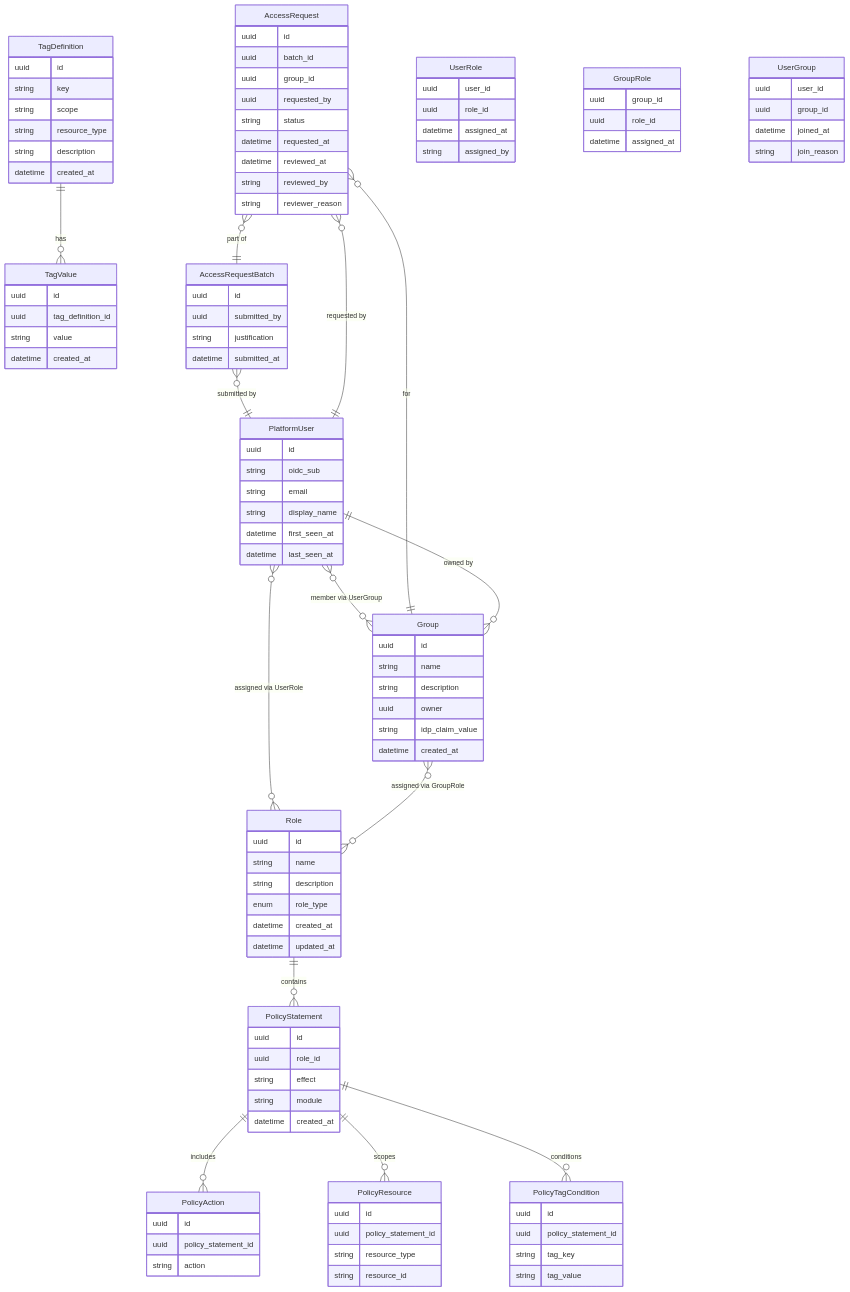
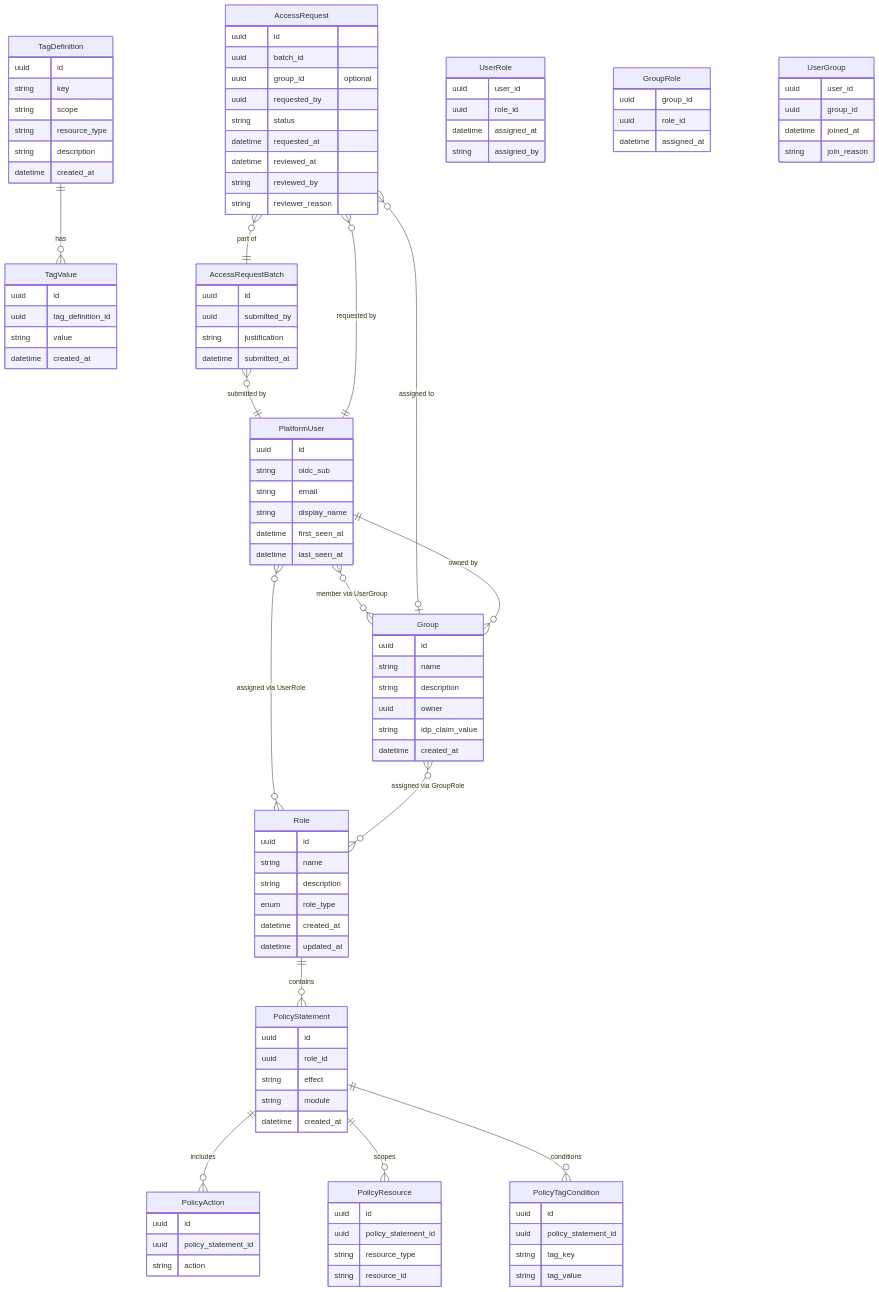
One commit to hurungang/parthenon changed the second of 2 diagrams in docs/master/data-model/modules/identity/entities.md. Above: the diagram before and after it, drawn with Mermaid. The commit also changed other lines of this file and 128 other files, not shown here.

```diff
--- a/docs/master/data-model/modules/identity/entities.md
+++ b/docs/master/data-model/modules/identity/entities.md
@@ -83,7 +83,7 @@
     Group }o--|| PlatformUser : "owned by"
     AccessRequestBatch }o--|| PlatformUser : "submitted by"
     AccessRequest }o--|| AccessRequestBatch : "part of"
-    AccessRequest }o--|| Group : "for"
+    AccessRequest }o--o| Group : "assigned to"
     AccessRequest }o--|| PlatformUser : "requested by"
 
     TagDefinition {
@@ -174,7 +174,7 @@
     AccessRequest {
         uuid id
         uuid batch_id
-        uuid group_id
+        uuid group_id "optional"
         uuid requested_by
         string status
         datetime requested_at
```
